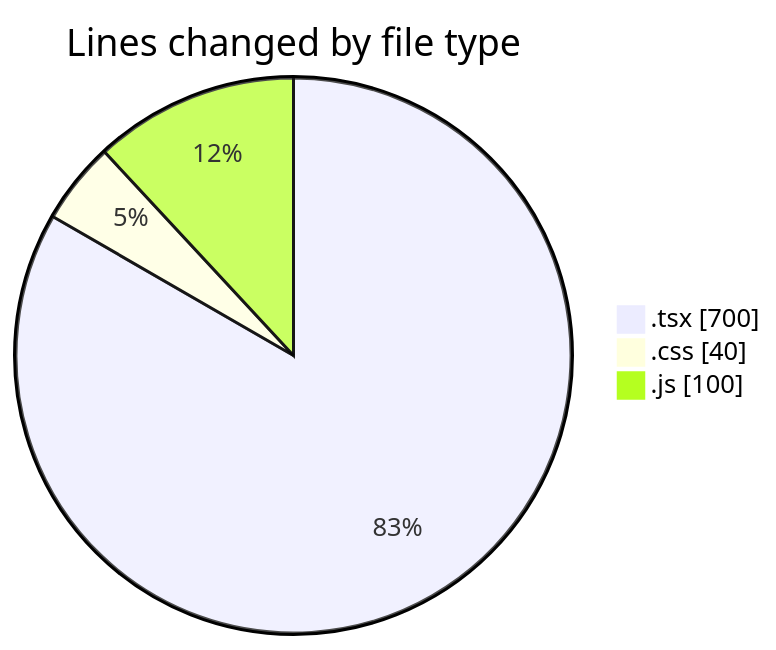
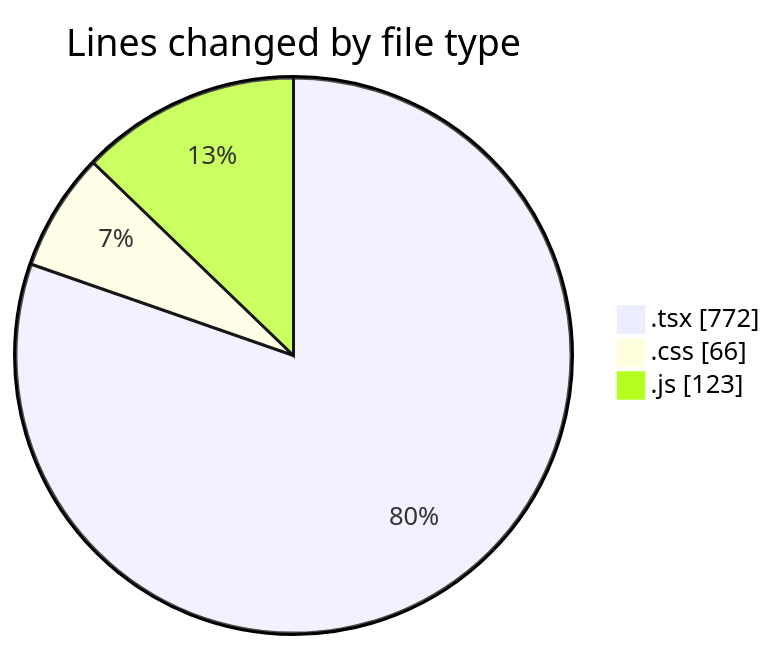
The first of 2 diagrams in 2025-01-17/mbc-web/README.md (robertbonfada/code-tracking), drawn with Mermaid before and after one commit. The commit also changed other lines of this file and 1 other file, not shown here.

````diff
--- a/2025-01-17/mbc-web/README.md
+++ b/2025-01-17/mbc-web/README.md
@@ -29,7 +32,7 @@
 ```mermaid
 pie showData
 title Lines changed by file type
-".tsx" : 700
-".css" : 40
-".js" : 100
+".tsx" : 772
+".css" : 66
+".js" : 123
 ```
````
